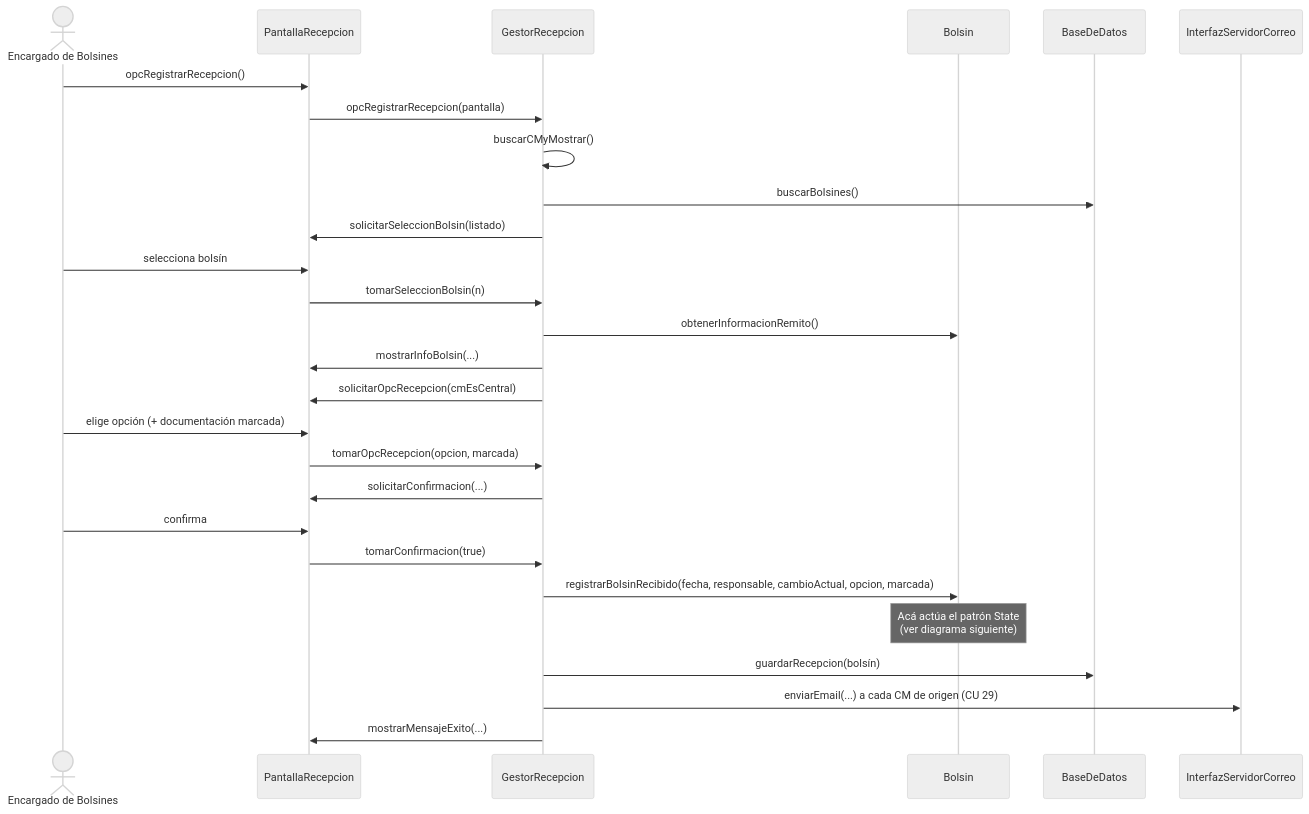
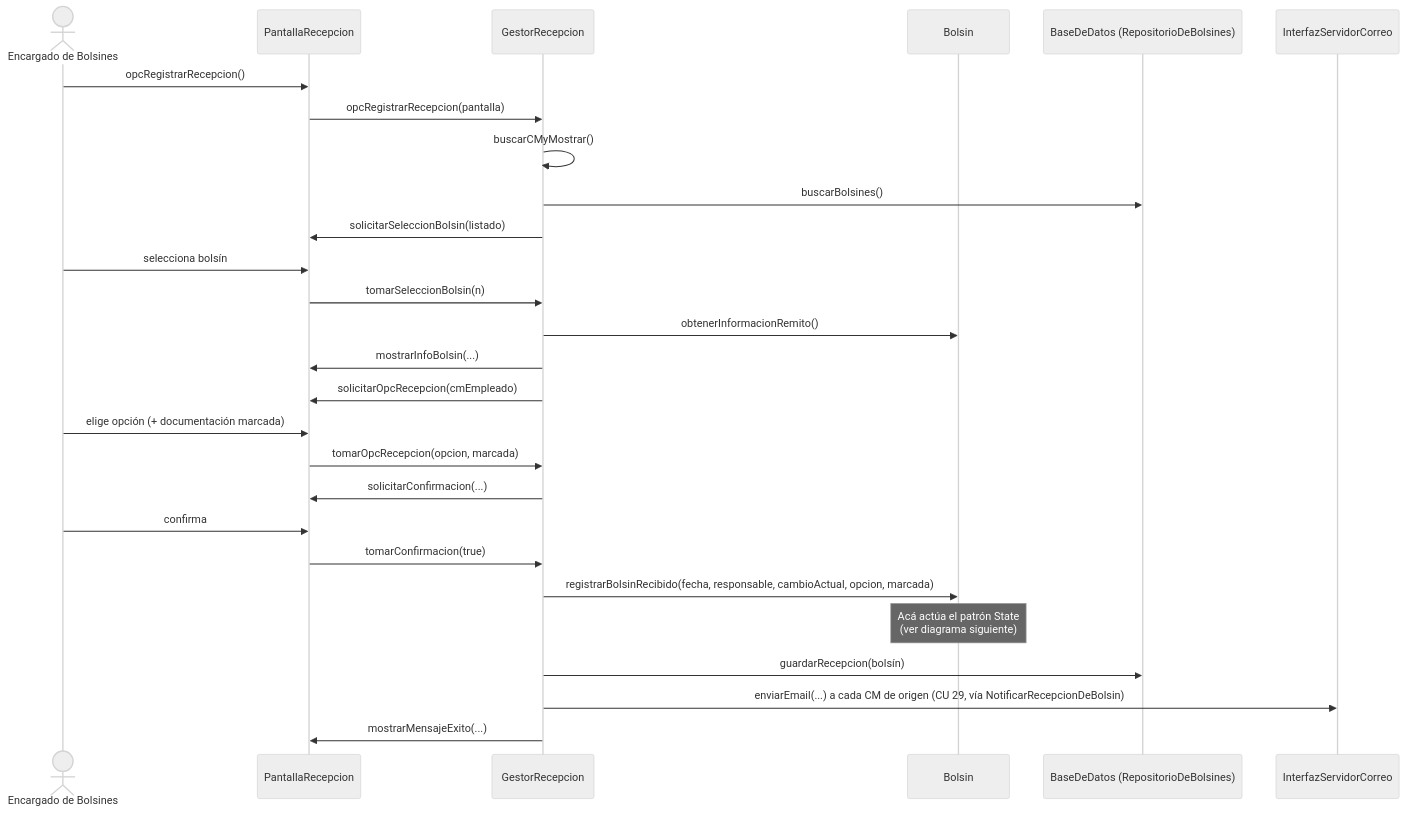
One commit to maxivolpe/PPAI-CU28 changed the first of 5 diagrams in README.md. Above: the diagram before and after it, drawn with Mermaid (neutral theme). The commit also changed other lines of this file and 81 other files, not shown here.

````diff
--- a/README.md
+++ b/README.md
@@ -155,30 +179,30 @@
 ```mermaid
 sequenceDiagram
     actor EB as Encargado de Bolsines
     participant P as PantallaRecepcion
     participant G as GestorRecepcion
     participant B as Bolsin
-    participant DB as BaseDeDatos
+    participant DB as BaseDeDatos (RepositorioDeBolsines)
     participant M as InterfazServidorCorreo
 
     EB->>P: opcRegistrarRecepcion()
     P->>G: opcRegistrarRecepcion(pantalla)
     G->>G: buscarCMyMostrar()
     G->>DB: buscarBolsines()
     G->>P: solicitarSeleccionBolsin(listado)
     EB->>P: selecciona bolsín
     P->>G: tomarSeleccionBolsin(n)
     G->>B: obtenerInformacionRemito()
     G->>P: mostrarInfoBolsin(...)
-    G->>P: solicitarOpcRecepcion(cmEsCentral)
+    G->>P: solicitarOpcRecepcion(cmEmpleado)
     EB->>P: elige opción (+ documentación marcada)
     P->>G: tomarOpcRecepcion(opcion, marcada)
     G->>P: solicitarConfirmacion(...)
     EB->>P: confirma
     P->>G: tomarConfirmacion(true)
     G->>B: registrarBolsinRecibido(fecha, responsable, cambioActual, opcion, marcada)
     Note over B: Acá actúa el patrón State<br/>(ver diagrama siguiente)
     G->>DB: guardarRecepcion(bolsín)
-    G->>M: enviarEmail(...) a cada CM de origen (CU 29)
+    G->>M: enviarEmail(...) a cada CM de origen (CU 29, vía NotificarRecepcionDeBolsin)
     G->>P: mostrarMensajeExito(...)
 ```
````
